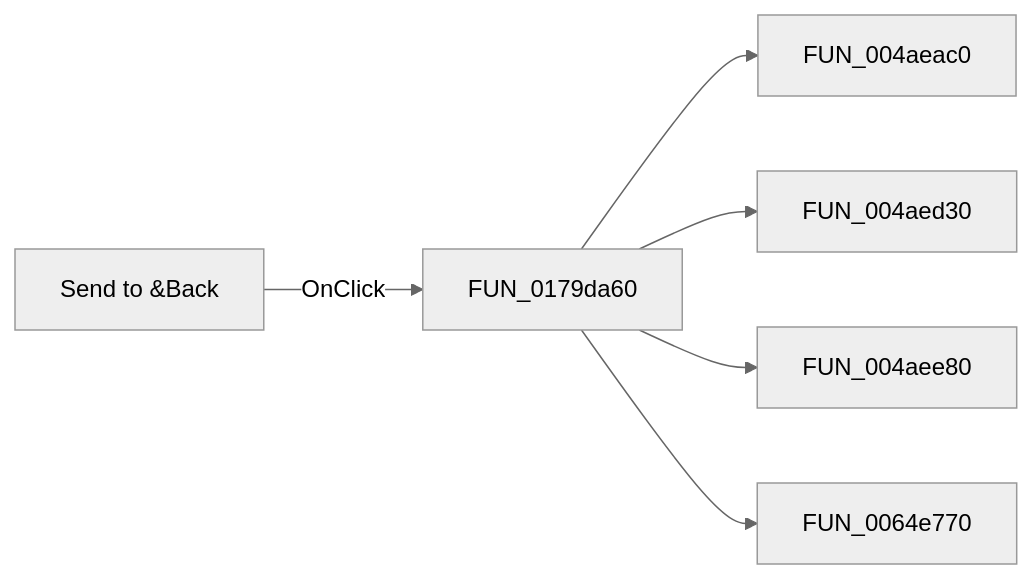
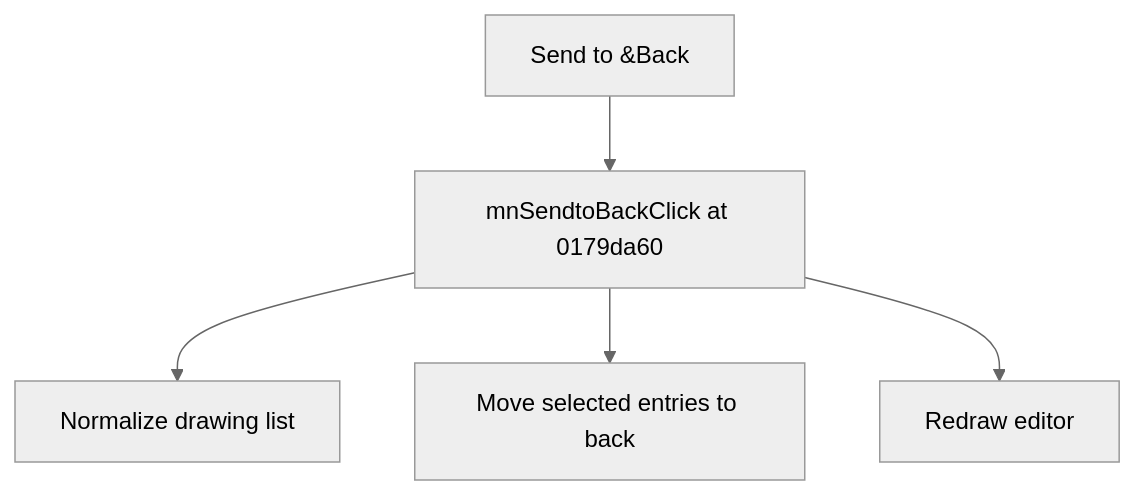
One commit to MovGP0/TIARA changed the diagram in docs/ui-controls/shapeedit/mnsendtoback-a81ee971db.md. Above: the diagram before and after it, drawn with Mermaid (neutral theme). The commit also changed other lines of this file and 1062 other files, not shown here.

````diff
--- a/docs/ui-controls/shapeedit/mnsendtoback-a81ee971db.md
+++ b/docs/ui-controls/shapeedit/mnsendtoback-a81ee971db.md
@@ -27,8 +25,7 @@
 ```mermaid
-flowchart LR
-    control["Send to &Back"] -->|OnClick| handler["FUN_0179da60"]
-    handler --> call1["FUN_004aeac0"]
-    handler --> call2["FUN_004aed30"]
-    handler --> call3["FUN_004aee80"]
-    handler --> call4["FUN_0064e770"]
+flowchart TD
+    control["Send to &Back"] --> handler["mnSendtoBackClick at 0179da60"]
+    handler --> step1["Normalize drawing list"]
+    handler --> step2["Move selected entries to back"]
+    handler --> step3["Redraw editor"]
 ```
````
